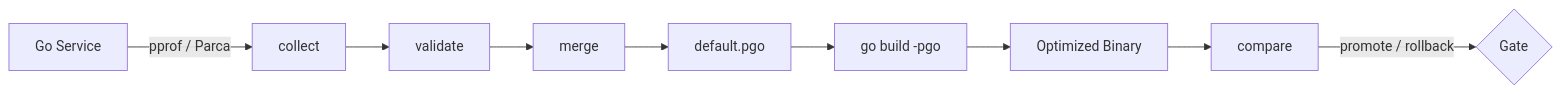
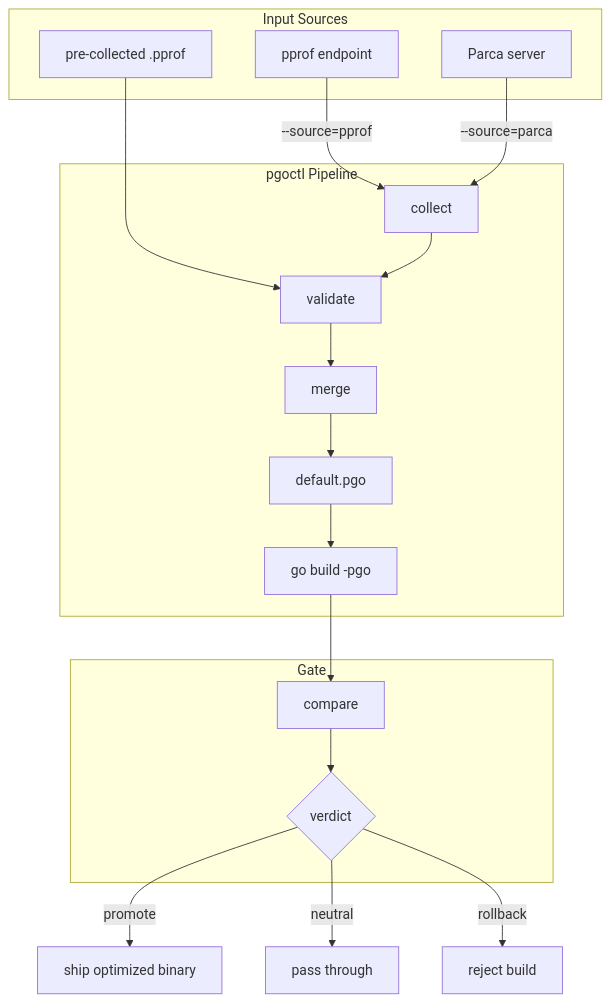
The diagram in README.md (actions-marketplace-validations/better-go-labs_pgoctl), drawn with Mermaid before and after one commit.

Commit message:
docs: redo pipeline diagram with flowchart TD and three subgraphs
Replaces flat flowchart LR with a structured flowchart TD.
Three subgraphs: Input Sources (pprof, Parca, pre-collected .pprof),
pgoctl Pipeline (collect → validate → merge → default.pgo → go build -pgo),
Gate (compare → verdict → promote/neutral/rollback).

````diff
--- a/README.md
+++ b/README.md
@@ -16,11 +16,34 @@
 ```mermaid
-flowchart LR
-    A[Go Service] -->|pprof / Parca| B[collect]
-    B --> C[validate]
-    C --> D[merge]
-    D --> E[default.pgo]
-    E --> F[go build -pgo]
-    F --> G[Optimized Binary]
-    G --> H[compare]
-    H -->|promote / rollback| I{Gate}
+flowchart TD
+    subgraph src ["Input Sources"]
+        P1[pprof endpoint]
+        P2[Parca server]
+        P3[pre-collected .pprof]
+    end
+
+    subgraph pipe ["pgoctl Pipeline"]
+        COL[collect]
+        VAL[validate]
+        MRG[merge]
+        PGO[default.pgo]
+        BLD["go build -pgo"]
+    end
+
+    subgraph gate ["Gate"]
+        CMP[compare]
+        VRD{verdict}
+    end
+
+    P1 -->|--source=pprof| COL
+    P2 -->|--source=parca| COL
+    P3 --> VAL
+    COL --> VAL
+    VAL --> MRG
+    MRG --> PGO
+    PGO --> BLD
+    BLD --> CMP
+    CMP --> VRD
+    VRD -->|promote| SHIP[ship optimized binary]
+    VRD -->|neutral| PASS[pass through]
+    VRD -->|rollback| REJECT[reject build]
 ```
````
